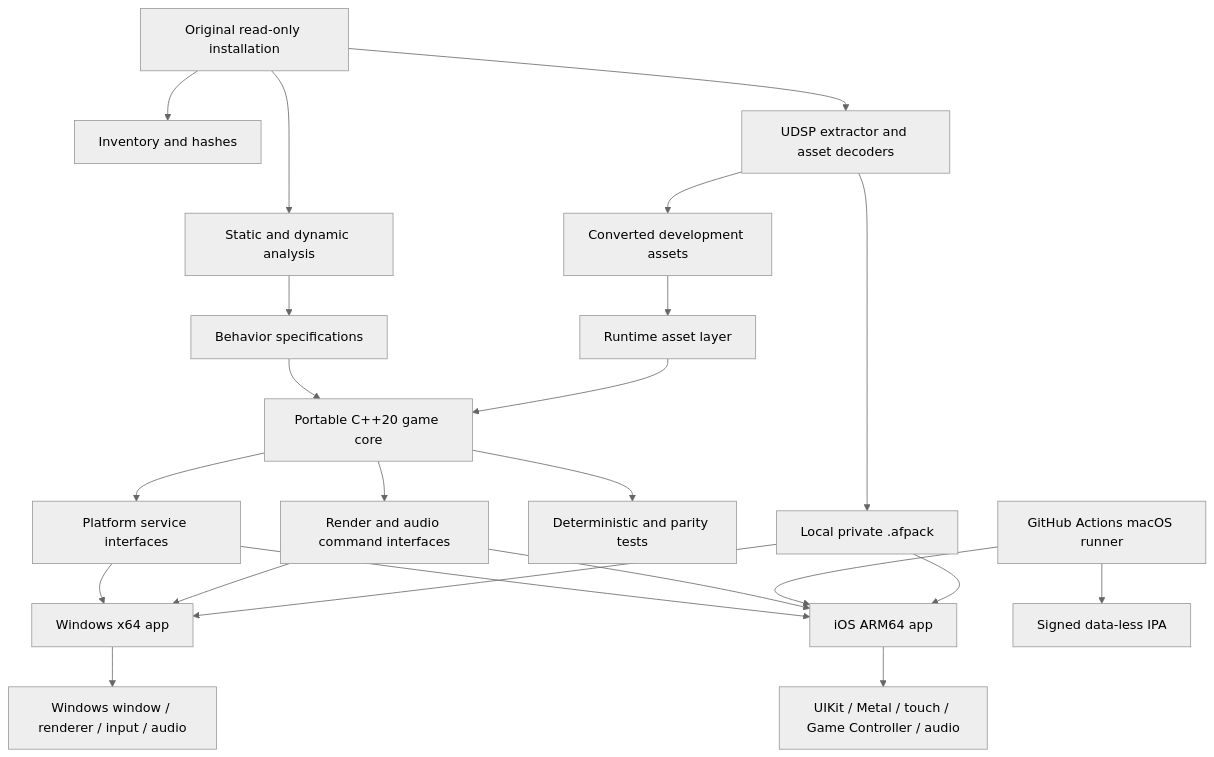
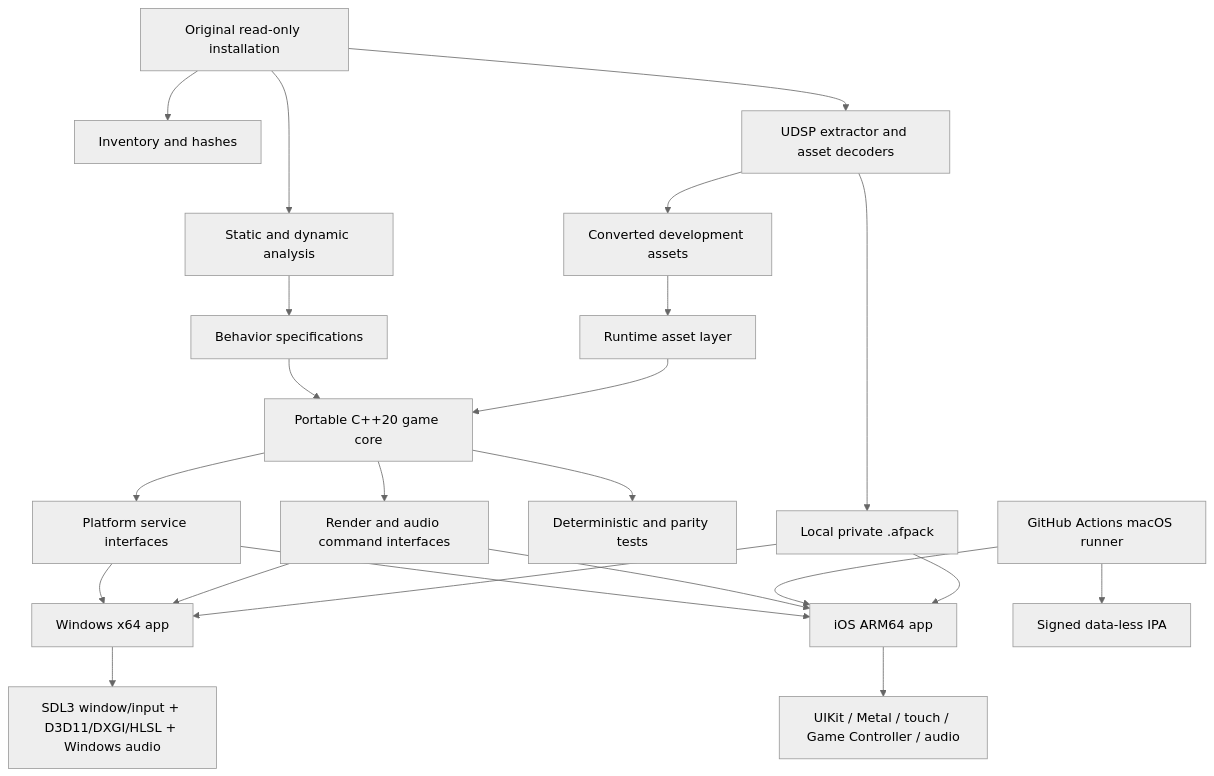
Before and after one commit to tryk016/airfix-dogfighter: the diagram in docs/ARCHITECTURE.md, drawn with Mermaid (neutral theme). The commit also changed other lines of this file and 11 other files, not shown here.

Commit message:
docs: select SDL3 and D3D11 Windows stack

````diff
--- a/docs/ARCHITECTURE.md
+++ b/docs/ARCHITECTURE.md
@@ -33,25 +33,25 @@
 ```mermaid
 flowchart TD
     A["Original read-only installation"] --> B["Inventory and hashes"]
     A --> C["Static and dynamic analysis"]
     A --> D["UDSP extractor and asset decoders"]
     C --> E["Behavior specifications"]
     D --> F["Converted development assets"]
     E --> G["Portable C++20 game core"]
     F --> H["Runtime asset layer"]
     G --> I["Platform service interfaces"]
     G --> J["Render and audio command interfaces"]
     H --> G
     I --> K["Windows x64 app"]
     I --> L["iOS ARM64 app"]
     J --> K
     J --> L
-    K --> M["Windows window / renderer / input / audio"]
+    K --> M["SDL3 window/input + D3D11/DXGI/HLSL + Windows audio"]
     L --> N["UIKit / Metal / touch / Game Controller / audio"]
     G --> O["Deterministic and parity tests"]
     Q["GitHub Actions macOS runner"] --> L
     Q --> P["Signed data-less IPA"]
     D --> X["Local private .afpack"]
     X --> K
     X --> L
 ```
````
